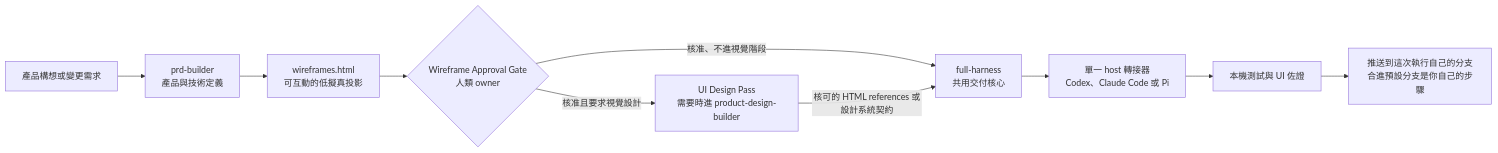
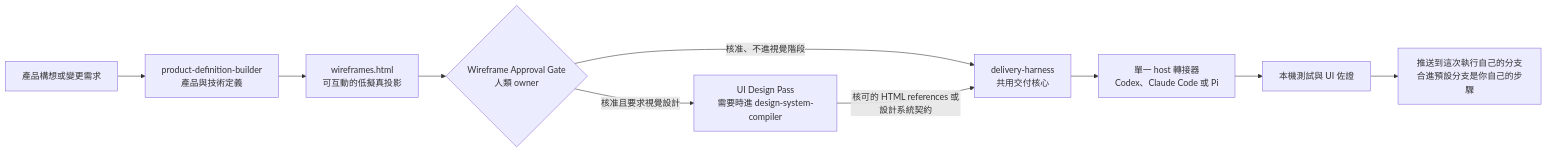
One commit to Phlegonlabs/product-delivery-harness changed the first of 3 diagrams in README.zh-TW.md. Above: the diagram before and after it, drawn with Mermaid. The commit also changed other lines of this file and 225 other files, not shown here.

First line of the commit message:
Release Product Delivery Harness 0.25.0 (#75)

````diff
--- a/README.zh-TW.md
+++ b/README.zh-TW.md
@@ -64,12 +64,12 @@
 ```mermaid
 flowchart LR
-  Idea["產品構想或變更需求"] --> PRD["prd-builder\n產品與技術定義"]
+  Idea["產品構想或變更需求"] --> PRD["product-definition-builder\n產品與技術定義"]
   PRD --> Wireframe["wireframes.html\n可互動的低擬真投影"]
   Wireframe --> Gate{"Wireframe Approval Gate\n人類 owner"}
-  Gate -->|"核准且要求視覺設計"| Design["UI Design Pass\n需要時進 product-design-builder"]
-  Gate -->|"核准、不進視覺階段"| Harness["full-harness\n共用交付核心"]
+  Gate -->|"核准且要求視覺設計"| Design["UI Design Pass\n需要時進 design-system-compiler"]
+  Gate -->|"核准、不進視覺階段"| Harness["delivery-harness\n共用交付核心"]
   Design -->|"核可的 HTML references 或設計系統契約"| Harness
   Harness --> Runtime["單一 host 轉接器\nCodex、Claude Code 或 Pi"]
   Runtime --> Evidence["本機測試與 UI 佐證"]
   Evidence --> Push["推送到這次執行自己的分支\n合進預設分支是你自己的步驟"]
 ```
````
